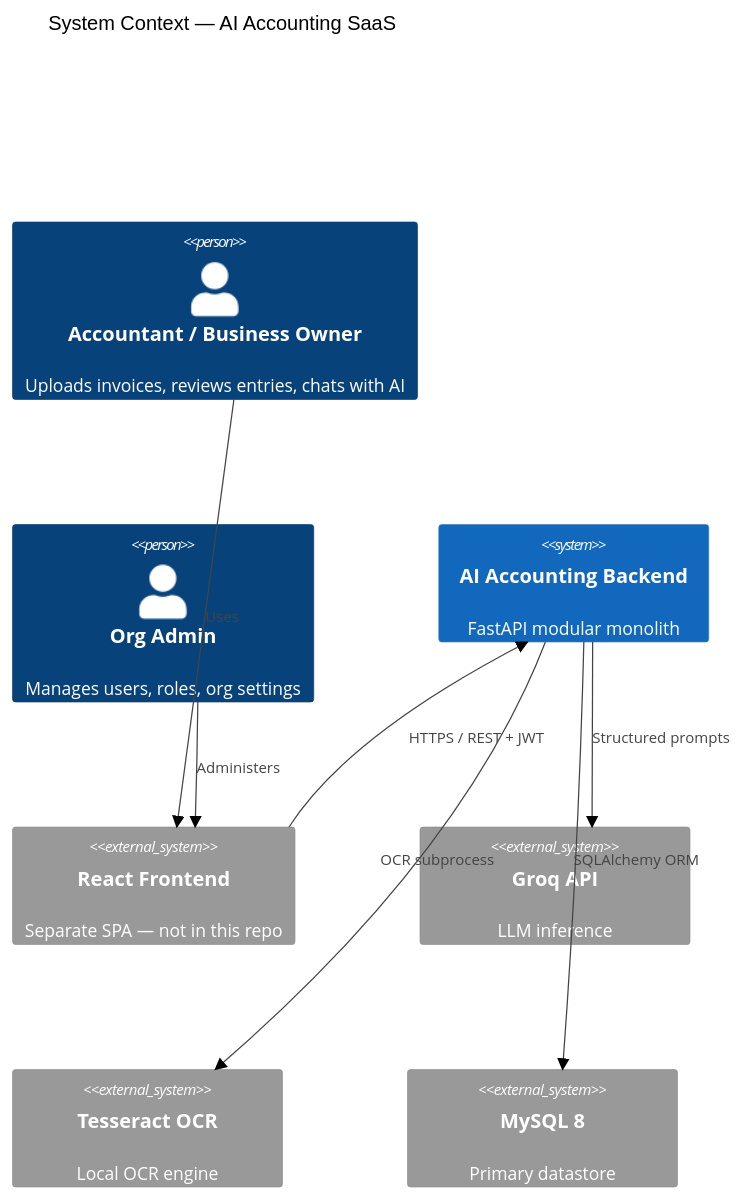
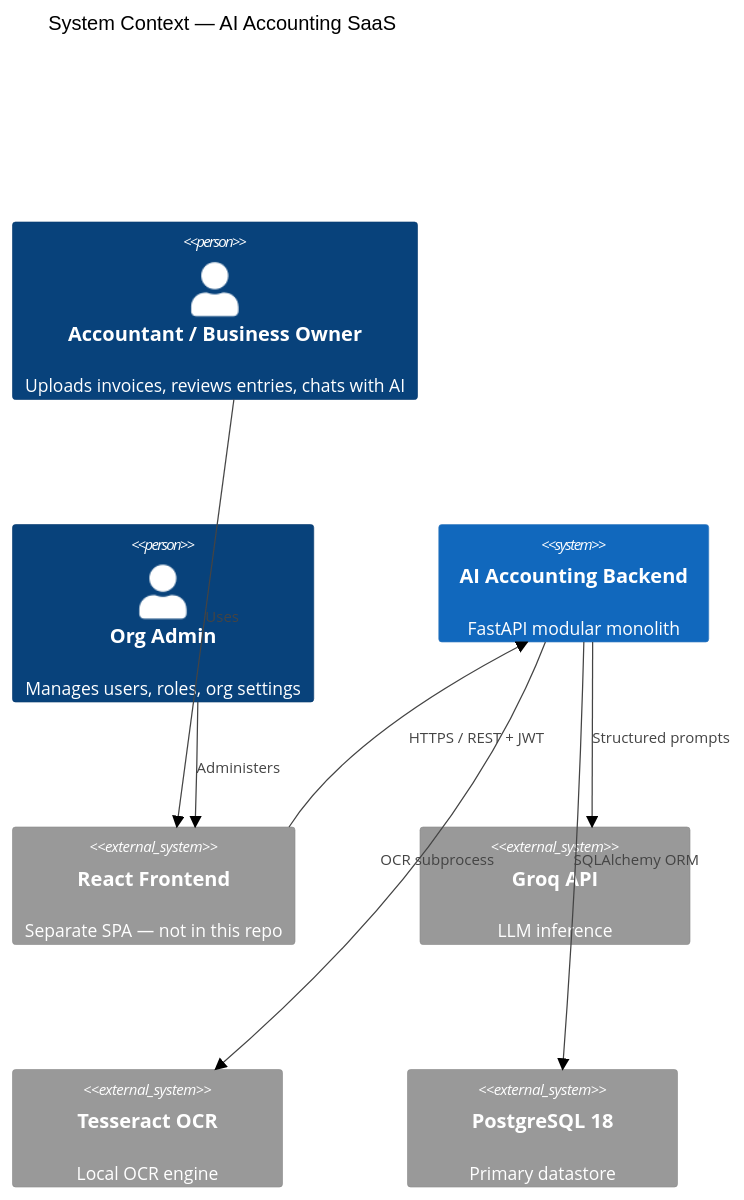
Before and after one commit to abhishekraaut/FAST-API: the first of 21 diagrams in docs/PHASE_2_SYSTEM_DESIGN.md, drawn with Mermaid (neutral theme). The commit also changed other lines of this file and 11 other files, not shown here.

````diff
--- a/docs/PHASE_2_SYSTEM_DESIGN.md
+++ b/docs/PHASE_2_SYSTEM_DESIGN.md
@@ -54,20 +54,20 @@
 ```mermaid
 C4Context
     title System Context — AI Accounting SaaS
 
     Person(user, "Accountant / Business Owner", "Uploads invoices, reviews entries, chats with AI")
     Person(admin, "Org Admin", "Manages users, roles, org settings")
 
     System(backend, "AI Accounting Backend", "FastAPI modular monolith")
     System_Ext(frontend, "React Frontend", "Separate SPA — not in this repo")
     System_Ext(groq, "Groq API", "LLM inference")
     System_Ext(tesseract, "Tesseract OCR", "Local OCR engine")
-    System_Ext(mysql, "MySQL 8", "Primary datastore")
+    System_Ext(postgres, "PostgreSQL 18", "Primary datastore")
 
     Rel(user, frontend, "Uses")
     Rel(admin, frontend, "Administers")
     Rel(frontend, backend, "HTTPS / REST + JWT")
-    Rel(backend, mysql, "SQLAlchemy ORM")
+    Rel(backend, postgres, "SQLAlchemy ORM")
     Rel(backend, groq, "Structured prompts")
     Rel(backend, tesseract, "OCR subprocess")
 ```
````
